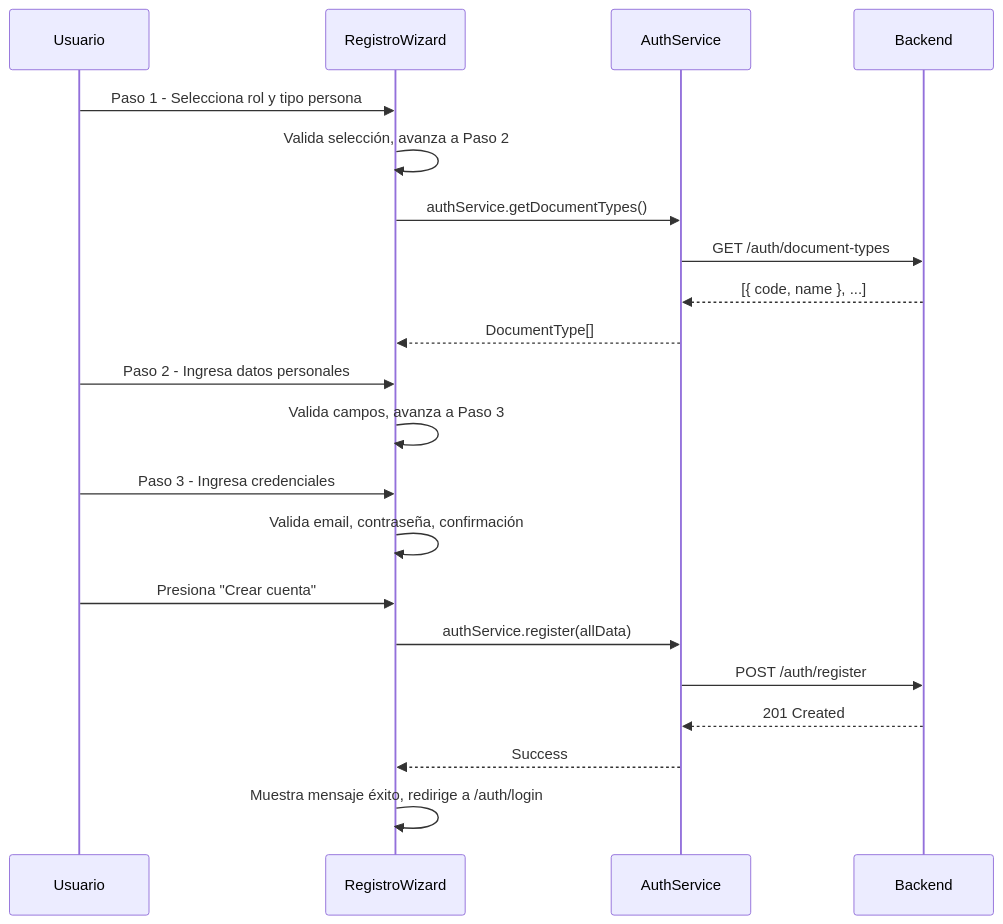
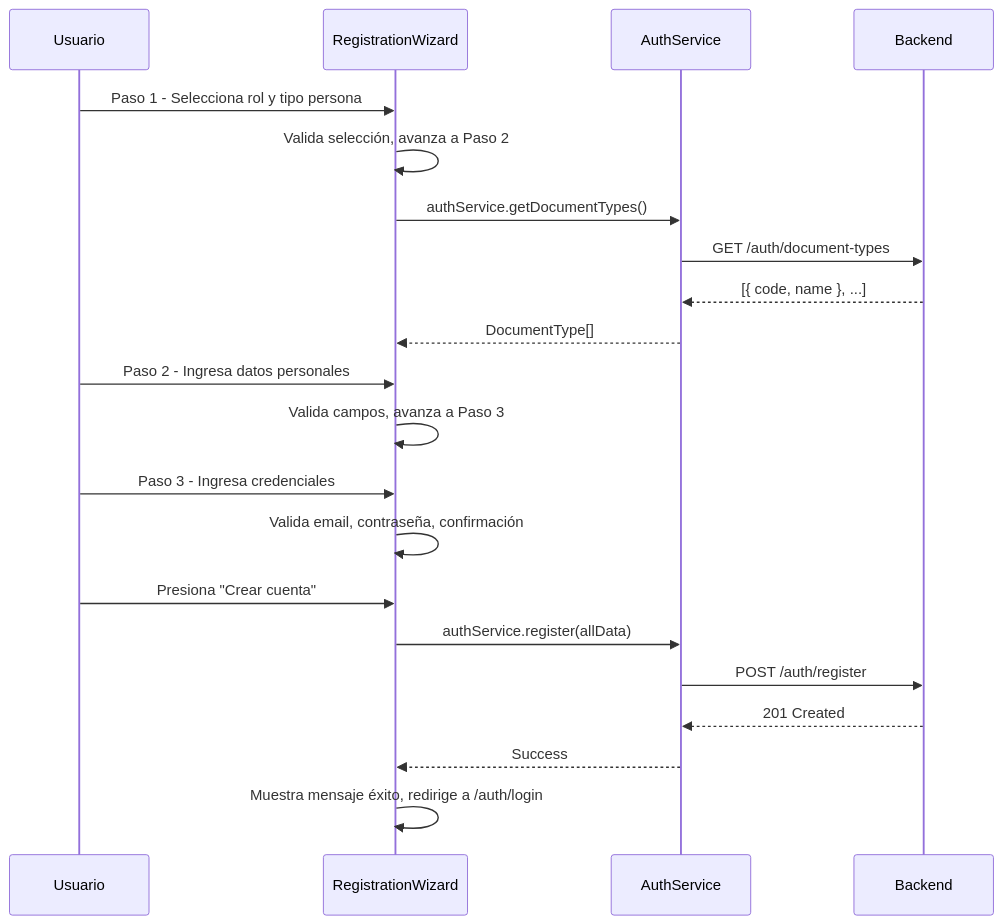
Before and after one commit to JAVegaG/PuenteHogar: the third of 4 diagrams in .kiro/specs/users-auth-frontend/design.md, drawn with Mermaid. The commit also changed other lines of this file and 1 other file, not shown here.

````diff
--- a/.kiro/specs/users-auth-frontend/design.md
+++ b/.kiro/specs/users-auth-frontend/design.md
@@ -136,27 +137,27 @@
 ```mermaid
 sequenceDiagram
     participant U as Usuario
-    participant RW as RegistroWizard
+    participant RW as RegistrationWizard
     participant AS as AuthService
     participant B as Backend
 
     U->>RW: Paso 1 - Selecciona rol y tipo persona
     RW->>RW: Valida selección, avanza a Paso 2
 
     RW->>AS: authService.getDocumentTypes()
     AS->>B: GET /auth/document-types
     B-->>AS: [{ code, name }, ...]
     AS-->>RW: DocumentType[]
 
     U->>RW: Paso 2 - Ingresa datos personales
     RW->>RW: Valida campos, avanza a Paso 3
 
     U->>RW: Paso 3 - Ingresa credenciales
     RW->>RW: Valida email, contraseña, confirmación
     U->>RW: Presiona "Crear cuenta"
     RW->>AS: authService.register(allData)
     AS->>B: POST /auth/register
     B-->>AS: 201 Created
     AS-->>RW: Success
     RW->>RW: Muestra mensaje éxito, redirige a /auth/login
 ```
````
